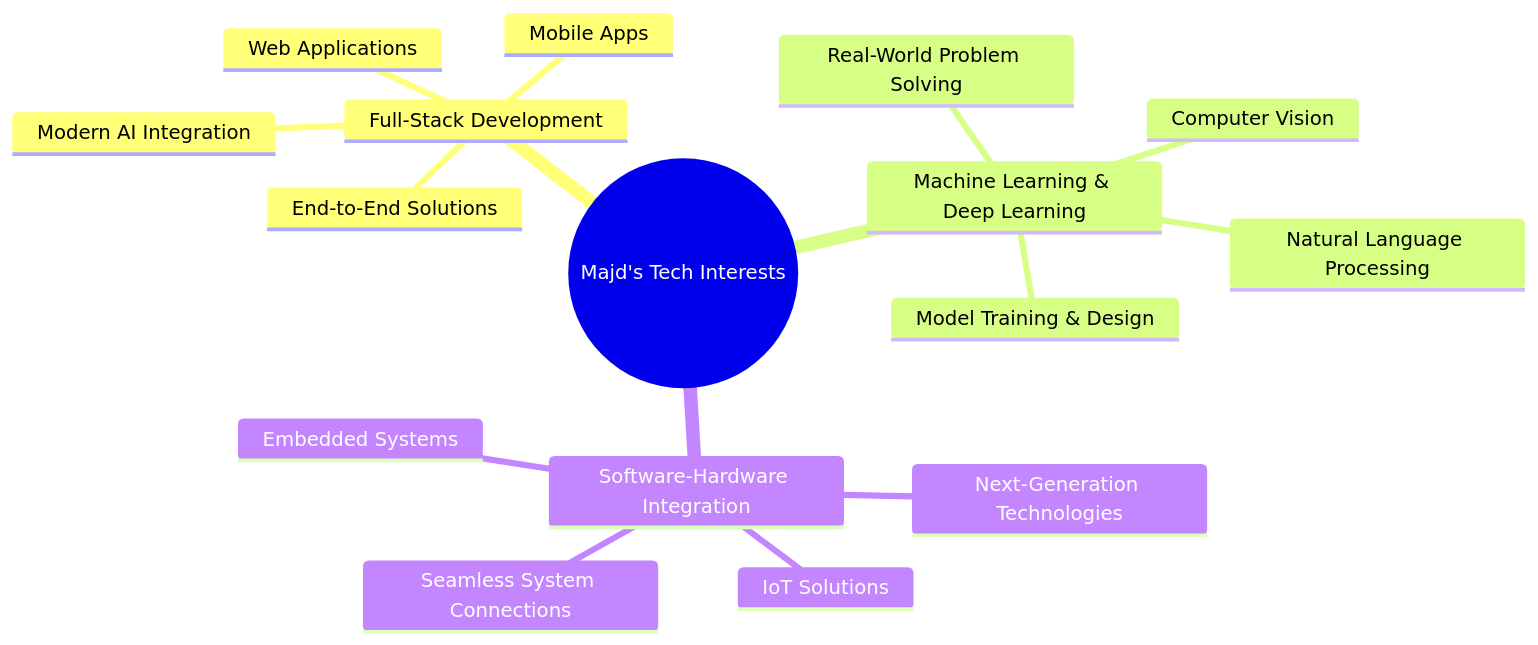
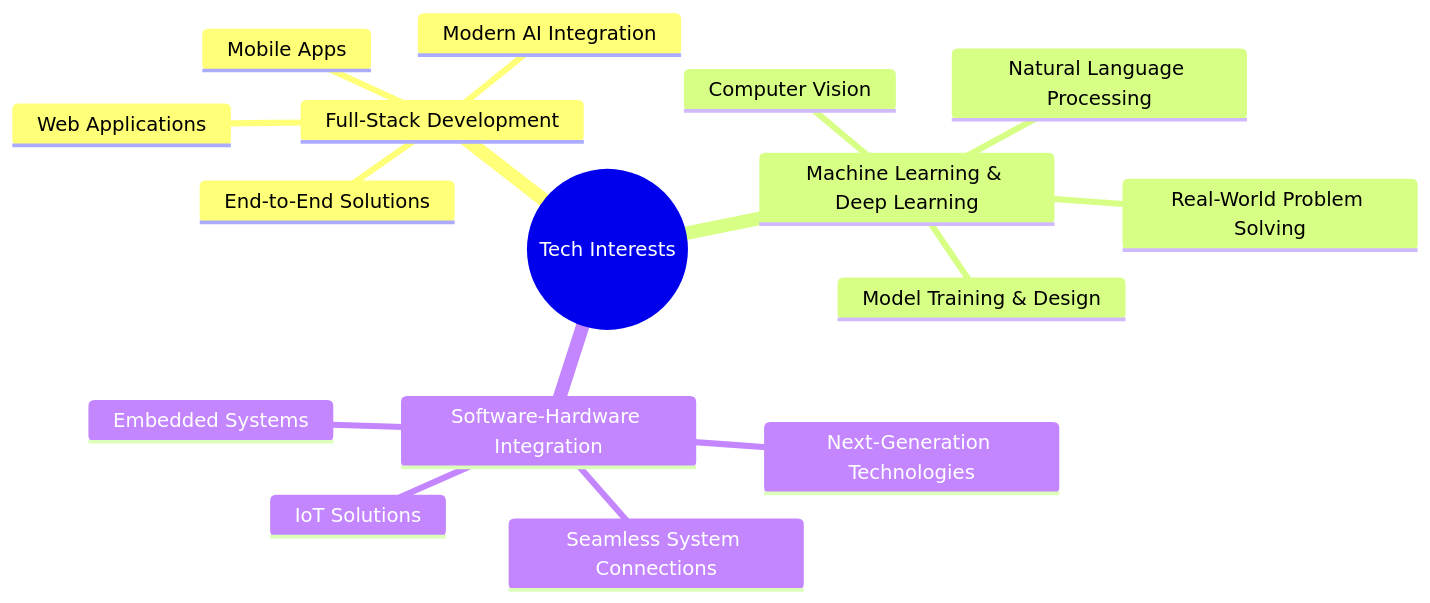
The diagram in README.md (majdsalameh1211/majdsalameh1211), drawn with Mermaid before and after one commit.

````diff
--- a/README.md
+++ b/README.md
@@ -130,19 +130,19 @@
 ```mermaid
 mindmap
-  root((Majd's Tech Interests))
+  root((Tech Interests))
     Full-Stack Development
       Web Applications
       Mobile Apps
       Modern AI Integration
       End-to-End Solutions
     Machine Learning & Deep Learning
       Computer Vision
       Natural Language Processing
       Model Training & Design
       Real-World Problem Solving
     Software-Hardware Integration
       Next-Generation Technologies
       Seamless System Connections
       IoT Solutions
       Embedded Systems
 ```
````
